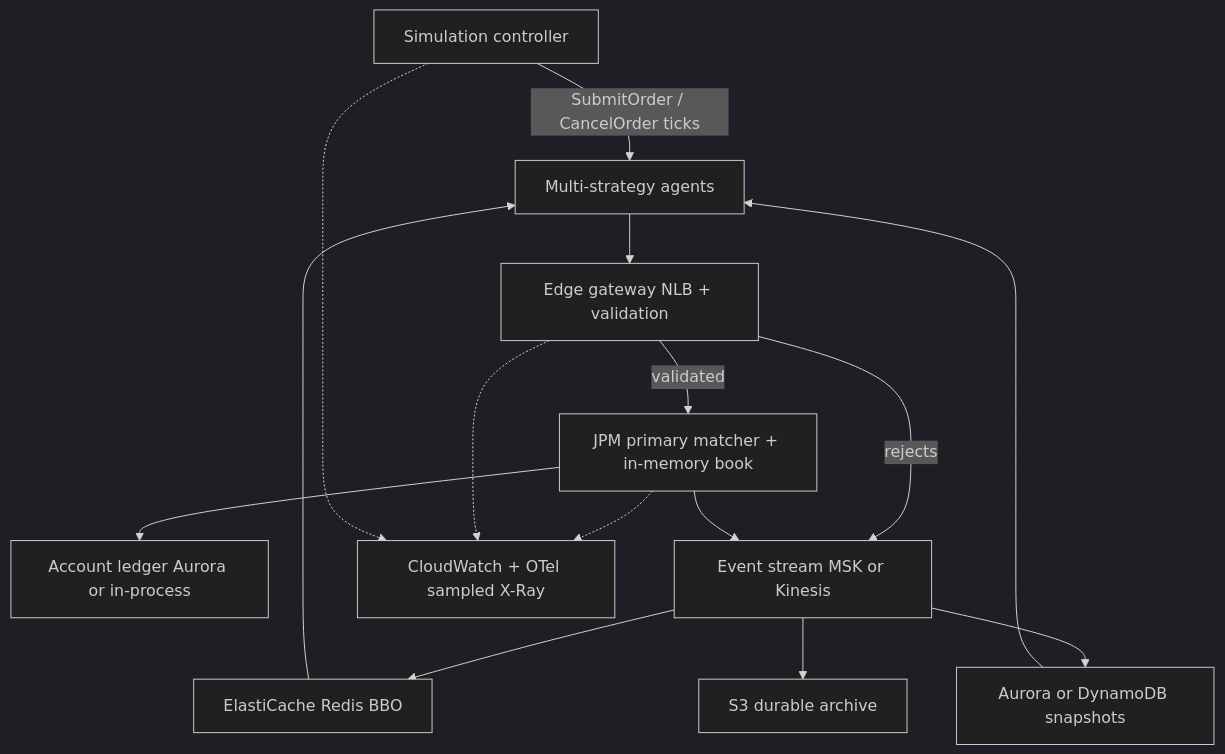
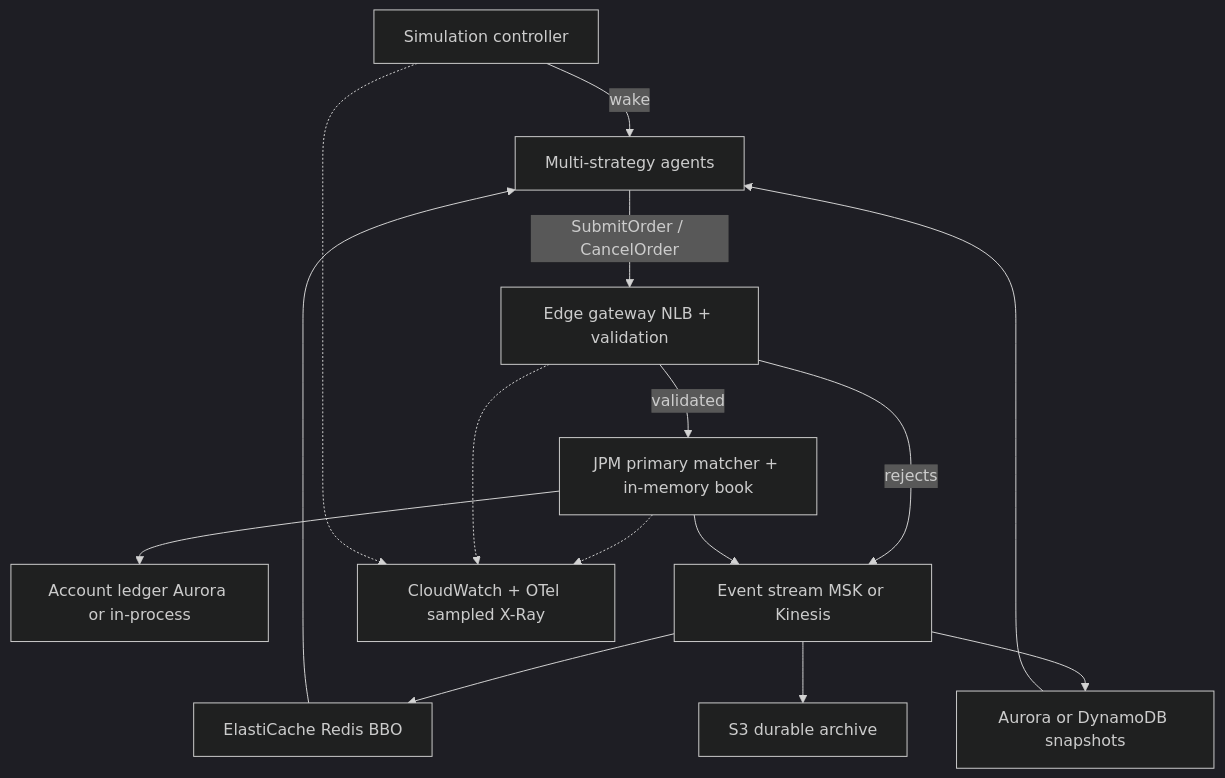
Before and after one commit to Mr-Washington/quantitative-trading-ecosystem: the diagram in Research/aws-architecture.md, drawn with Mermaid (dark theme). The commit also changed other lines of this file and 8 other files, not shown here.

````diff
--- a/Research/aws-architecture.md
+++ b/Research/aws-architecture.md
@@ -41,28 +41,28 @@
 ```mermaid
 flowchart TB
   Agents[Multi-strategy agents]
   Ctrl[Simulation controller]
   Edge[Edge gateway NLB + validation]
   Match[JPM primary matcher + in-memory book]
   Ledger[Account ledger Aurora or in-process]
   Bus[Event stream MSK or Kinesis]
   Redis[ElastiCache Redis BBO]
   Snap[Aurora or DynamoDB snapshots]
   S3[S3 durable archive]
   Obs[CloudWatch + OTel sampled X-Ray]
 
-  Ctrl -->|"SubmitOrder / CancelOrder ticks"| Agents
-  Agents --> Edge
+  Ctrl -->|"wake"| Agents
+  Agents -->|"SubmitOrder / CancelOrder"| Edge
   Edge -->|"validated"| Match
   Edge -->|"rejects"| Bus
   Match --> Ledger
   Match --> Bus
   Bus --> Redis
   Bus --> Snap
   Bus --> S3
   Redis --> Agents
   Snap --> Agents
   Match -.-> Obs
   Edge -.-> Obs
   Ctrl -.-> Obs
 ```
````
